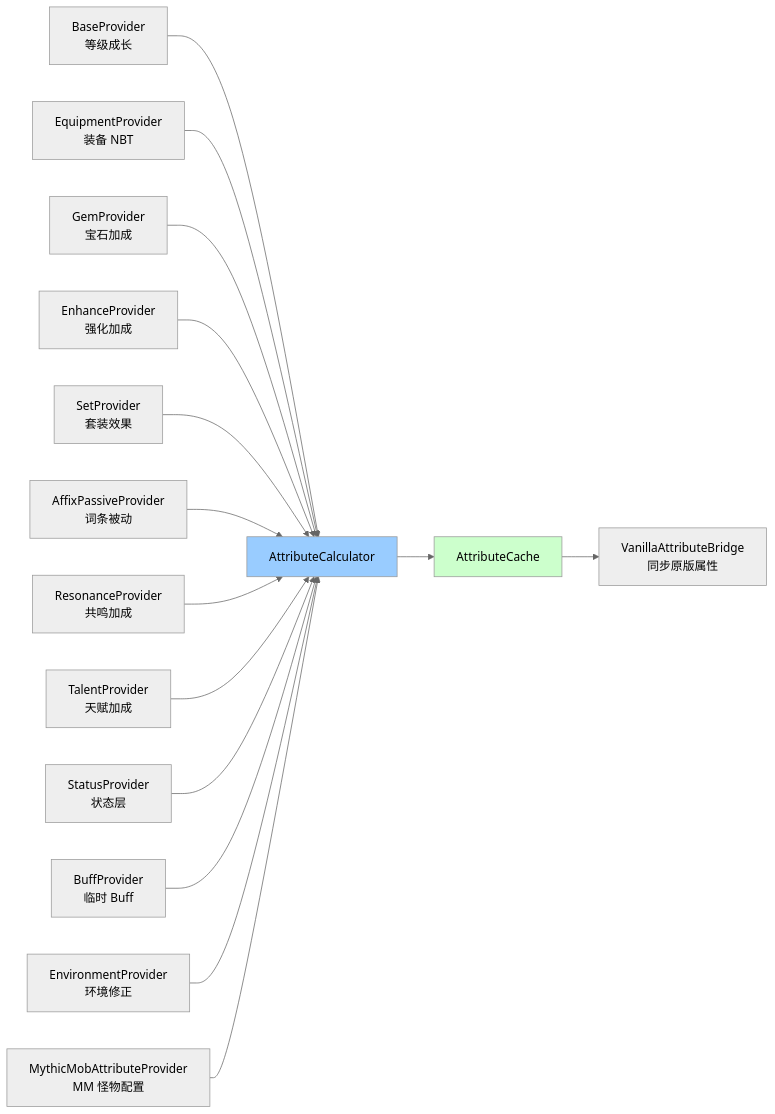
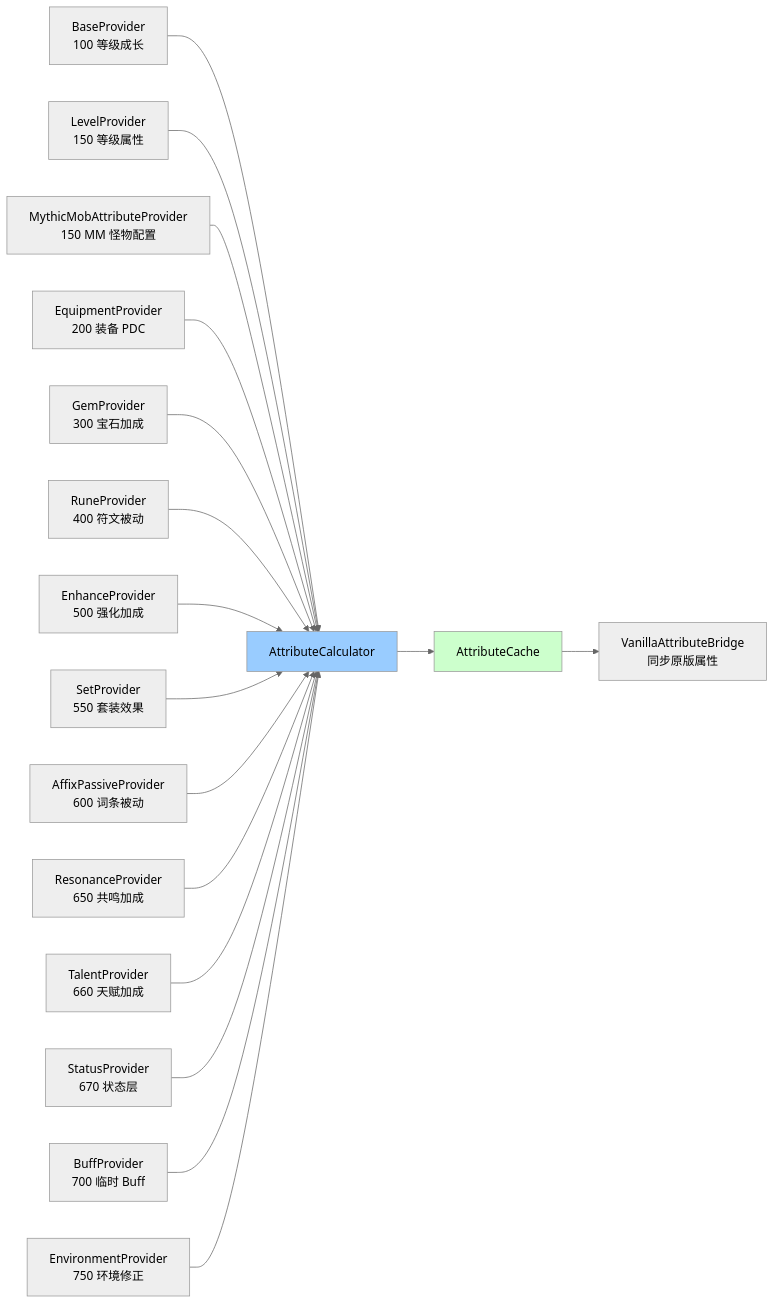
The second of 2 diagrams in doc/docs/design/01-architecture.md (17Artist/Symphony), drawn with Mermaid (neutral theme) before and after one commit. The commit also changed other lines of this file and 76 other files, not shown here.

````diff
--- a/doc/docs/design/01-architecture.md
+++ b/doc/docs/design/01-architecture.md
@@ -28,34 +34,38 @@
 ```mermaid
 flowchart LR
-    Base[BaseProvider<br/>等级成长]
-    Equip[EquipmentProvider<br/>装备 NBT]
-    Gem[GemProvider<br/>宝石加成]
-    Enh[EnhanceProvider<br/>强化加成]
-    Set[SetProvider<br/>套装效果]
-    Aff[AffixPassiveProvider<br/>词条被动]
-    Reson[ResonanceProvider<br/>共鸣加成]
-    Tal[TalentProvider<br/>天赋加成]
-    Stat[StatusProvider<br/>状态层]
-    Buf[BuffProvider<br/>临时 Buff]
-    Env[EnvironmentProvider<br/>环境修正]
-    MM[MythicMobAttributeProvider<br/>MM 怪物配置]
+    Base[BaseProvider<br/>100 等级成长]
+    Lvl[LevelProvider<br/>150 等级属性]
+    MM[MythicMobAttributeProvider<br/>150 MM 怪物配置]
+    Equip[EquipmentProvider<br/>200 装备 PDC]
+    Gem[GemProvider<br/>300 宝石加成]
+    Rune[RuneProvider<br/>400 符文被动]
+    Enh[EnhanceProvider<br/>500 强化加成]
+    Set[SetProvider<br/>550 套装效果]
+    Aff[AffixPassiveProvider<br/>600 词条被动]
+    Reson[ResonanceProvider<br/>650 共鸣加成]
+    Tal[TalentProvider<br/>660 天赋加成]
+    Stat[StatusProvider<br/>670 状态层]
+    Buf[BuffProvider<br/>700 临时 Buff]
+    Env[EnvironmentProvider<br/>750 环境修正]
 
     Base --> Calc[AttributeCalculator]
+    Lvl --> Calc
+    MM --> Calc
     Equip --> Calc
     Gem --> Calc
+    Rune --> Calc
     Enh --> Calc
     Set --> Calc
     Aff --> Calc
     Reson --> Calc
     Tal --> Calc
     Stat --> Calc
     Buf --> Calc
     Env --> Calc
-    MM --> Calc
 
     Calc --> Cache[AttributeCache]
     Cache --> Vanilla[VanillaAttributeBridge<br/>同步原版属性]
 
     style Calc fill:#9cf,color:#000
     style Cache fill:#cfc,color:#000
 ```
````
